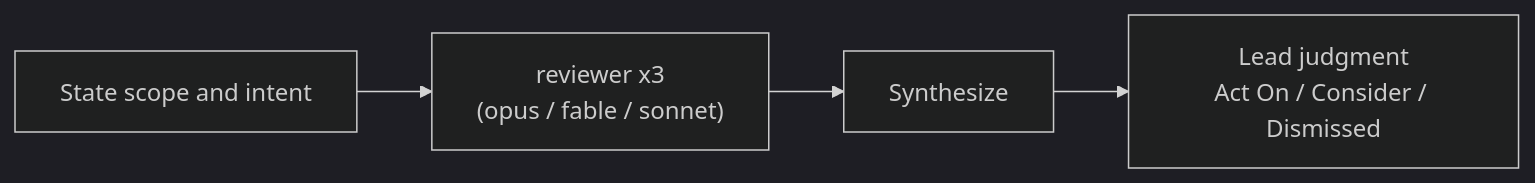
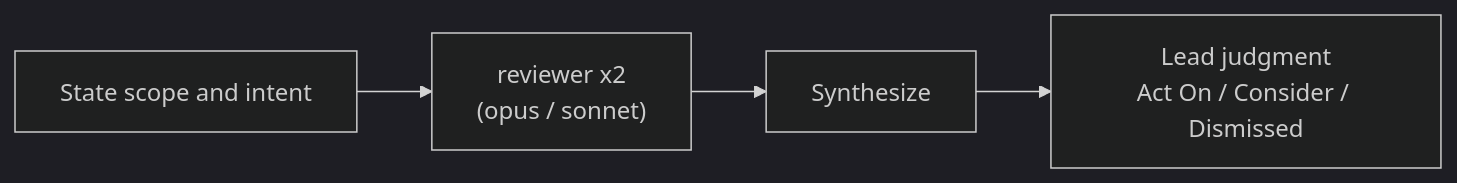
The seventh of 12 diagrams in pstack-cc/docs/skill-map.en.md (souljazzfunk/lab), drawn with Mermaid (dark theme) before and after one commit. The commit also changed other lines of this file and 49 other files, not shown here.

````diff
--- a/pstack-cc/docs/skill-map.en.md
+++ b/pstack-cc/docs/skill-map.en.md
@@ -153,6 +155,6 @@
 ```mermaid
 flowchart LR
-  A[State scope and intent] --> B["reviewer x3<br/>(opus / fable / sonnet)"]
+  A[State scope and intent] --> B["reviewer x2<br/>(opus / sonnet)"]
   B --> C[Synthesize]
   C --> D["Lead judgment<br/>Act On / Consider / Dismissed"]
 ```
````
